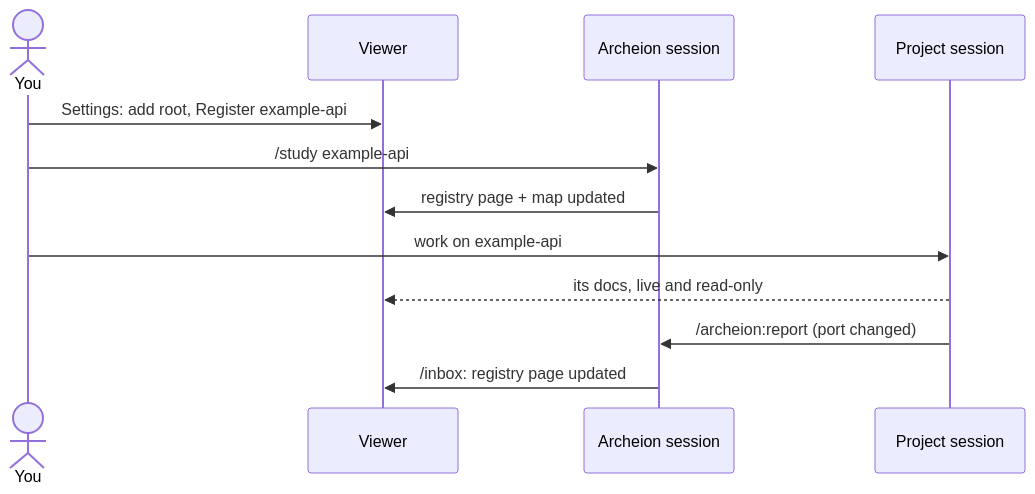
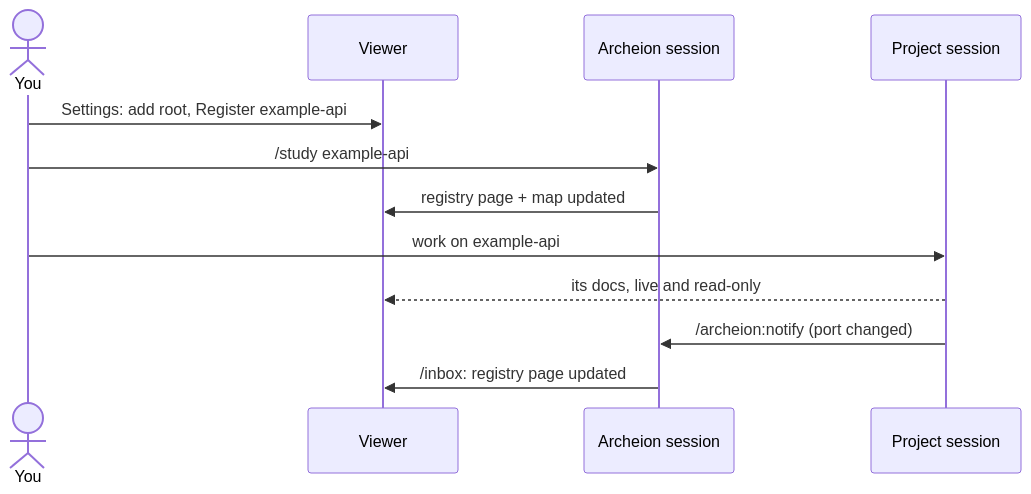
The first of 6 diagrams in docs/guides/use-cases.md (Aricato15/Archeion), drawn with Mermaid before and after one commit. The commit also changed other lines of this file and 18 other files, not shown here.

First line of the commit message:
refactor(plugin): rename the report skill to notify and release plugin 0.4.0

````diff
--- a/docs/guides/use-cases.md
+++ b/docs/guides/use-cases.md
@@ -31,14 +31,14 @@
 ```mermaid
 sequenceDiagram
   actor You
   participant V as Viewer
   participant A as Archeion session
   participant P as Project session
   You->>V: Settings: add root, Register example-api
   You->>A: /study example-api
   A->>V: registry page + map updated
   You->>P: work on example-api
   P-->>V: its docs, live and read-only
-  P->>A: /archeion:report (port changed)
+  P->>A: /archeion:notify (port changed)
   A->>V: /inbox: registry page updated
 ```
````
